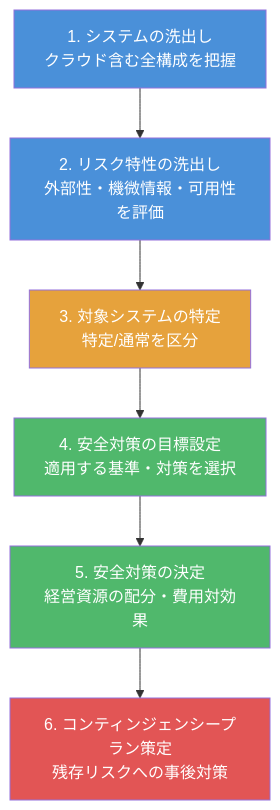
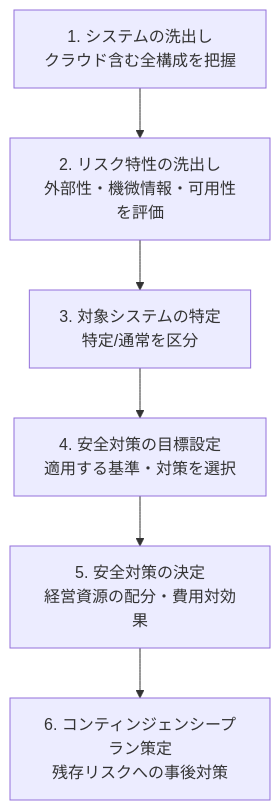
One commit to ktrysmt/ktrysmt.github.io changed the second of 4 diagrams in _posts/2026-04-03-fisc-structure-guide.md. Above: the diagram before and after it, drawn with Mermaid. The commit also changed other lines of this file and 3 other files, not shown here.

````diff
--- a/_posts/2026-04-03-fisc-structure-guide.md
+++ b/_posts/2026-04-03-fisc-structure-guide.md
@@ -172,22 +166,15 @@
 ```mermaid
 graph TD
     S1["1. システムの洗出し<br>クラウド含む全構成を把握"]
     S2["2. リスク特性の洗出し<br>外部性・機微情報・可用性を評価"]
     S3["3. 対象システムの特定<br>特定/通常を区分"]
     S4["4. 安全対策の目標設定<br>適用する基準・対策を選択"]
     S5["5. 安全対策の決定<br>経営資源の配分・費用対効果"]
     S6["6. コンティンジェンシープラン策定<br>残存リスクへの事後対策"]
 
     S1 --> S2
     S2 --> S3
     S3 --> S4
     S4 --> S5
     S5 --> S6
-
-    style S1 fill:#4a90d9,color:#fff
-    style S2 fill:#4a90d9,color:#fff
-    style S3 fill:#e6a23c,color:#fff
-    style S4 fill:#50b86c,color:#fff
-    style S5 fill:#50b86c,color:#fff
-    style S6 fill:#e25555,color:#fff
 ```
````
